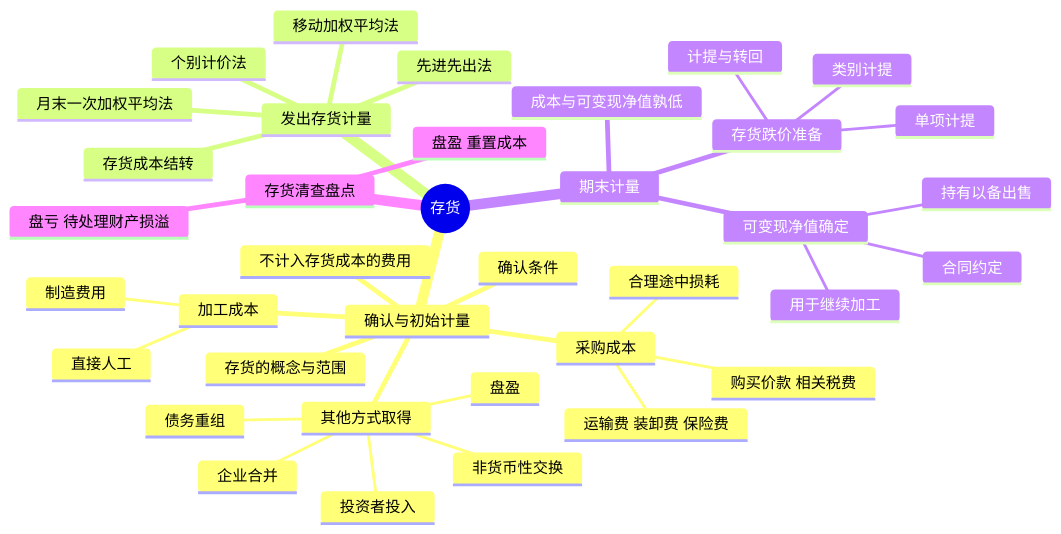
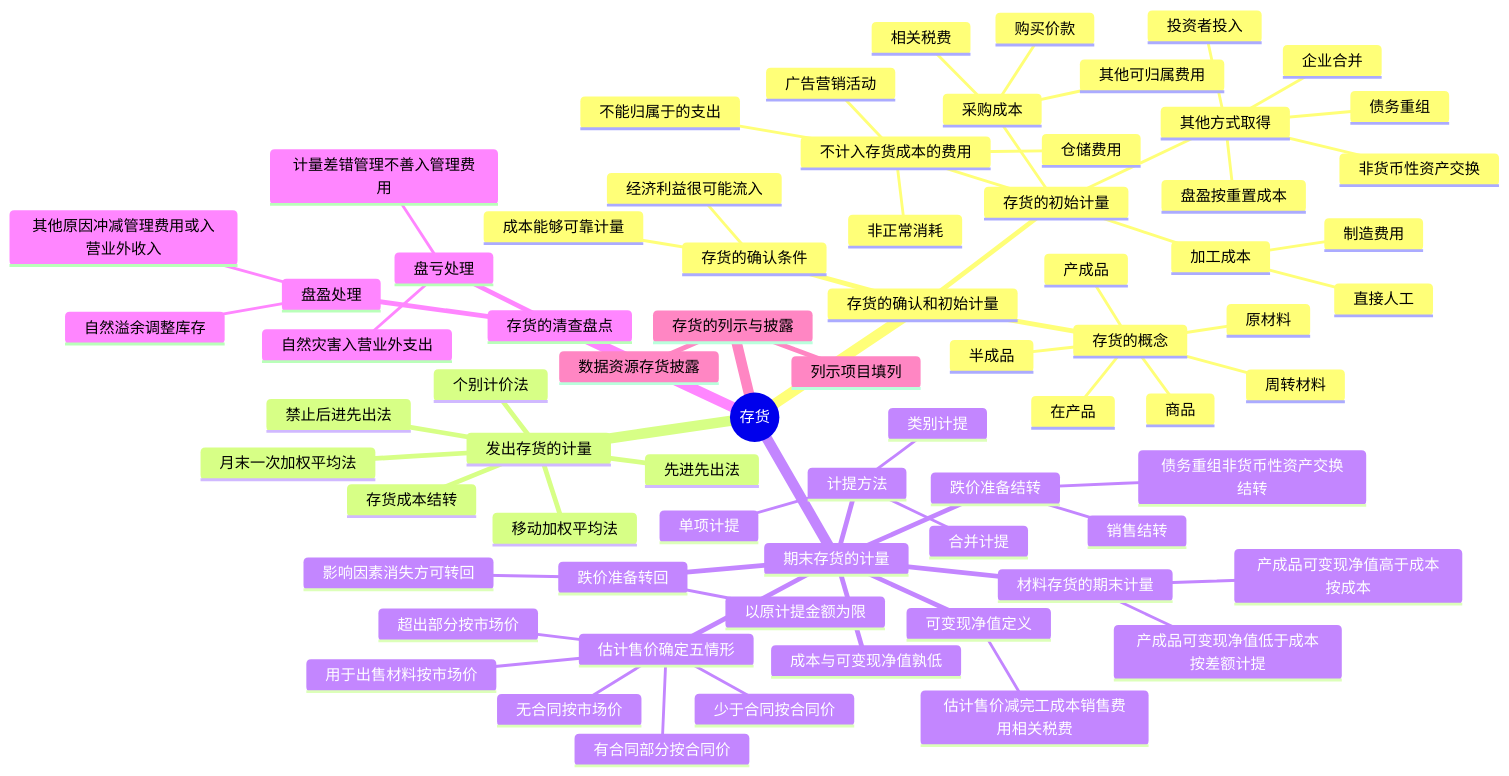
The diagram in content/learn/cpa/02-accounting/02-inventory.md (106-official/deepsleep-blog), drawn with Mermaid before and after one commit. The commit also changed other lines of this file and 149 other files, not shown here.

````diff
--- a/content/learn/cpa/02-accounting/02-inventory.md
+++ b/content/learn/cpa/02-accounting/02-inventory.md
@@ -33,40 +54,74 @@
 ```mermaid
 mindmap
   root((存货))
-    确认与初始计量
-      存货的概念与范围
-      确认条件
-      采购成本
-        购买价款 相关税费
-        运输费 装卸费 保险费
-        合理途中损耗
-      加工成本
-        直接人工
-        制造费用
-      其他方式取得
-        投资者投入
-        非货币性交换
-        债务重组
-        企业合并
-        盘盈
-      不计入存货成本的费用
-    发出存货计量
+    存货的确认和初始计量
+      存货的概念
+        原材料
+        在产品
+        半成品
+        产成品
+        商品
+        周转材料
+      存货的确认条件
+        经济利益很可能流入
+        成本能够可靠计量
+      存货的初始计量
+        采购成本
+          购买价款
+          相关税费
+          其他可归属费用
+        加工成本
+          直接人工
+          制造费用
+        其他方式取得
+          投资者投入
+          非货币性资产交换
+          债务重组
+          企业合并
+          盘盈按重置成本
+        不计入存货成本的费用
+          非正常消耗
+          仓储费用
+          不能归属于的支出
+          广告营销活动
+    发出存货的计量
       先进先出法
       移动加权平均法
       月末一次加权平均法
       个别计价法
+      禁止后进先出法
       存货成本结转
-    期末计量
+    期末存货的计量
       成本与可变现净值孰低
-      可变现净值确定
-        持有以备出售
-        用于继续加工
-        合同约定
-      存货跌价准备
+      可变现净值定义
+        估计售价减完工成本销售费用相关税费
+      估计售价确定五情形
+        有合同部分按合同价
+        超出部分按市场价
+        少于合同按合同价
+        无合同按市场价
+        用于出售材料按市场价
+      材料存货的期末计量
+        产成品可变现净值高于成本按成本
+        产成品可变现净值低于成本按差额计提
+      计提方法
         单项计提
         类别计提
-        计提与转回
-    存货清查盘点
-      盘盈 重置成本
-      盘亏 待处理财产损溢
+        合并计提
+      跌价准备转回
+        影响因素消失方可转回
+        以原计提金额为限
+      跌价准备结转
+        销售结转
+        债务重组非货币性资产交换结转
+    存货的清查盘点
+      盘亏处理
+        计量差错管理不善入管理费用
+        自然灾害入营业外支出
+      盘盈处理
+        自然溢余调整库存
+        其他原因冲减管理费用或入营业外收入
+    存货的列示与披露
+      列示项目填列
+      数据资源存货披露
 ```
````
